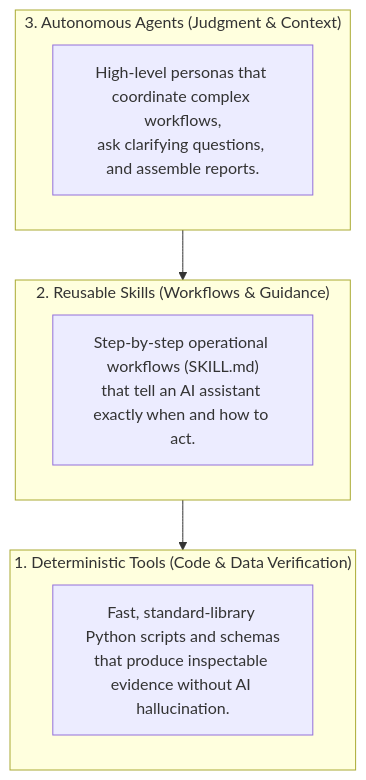
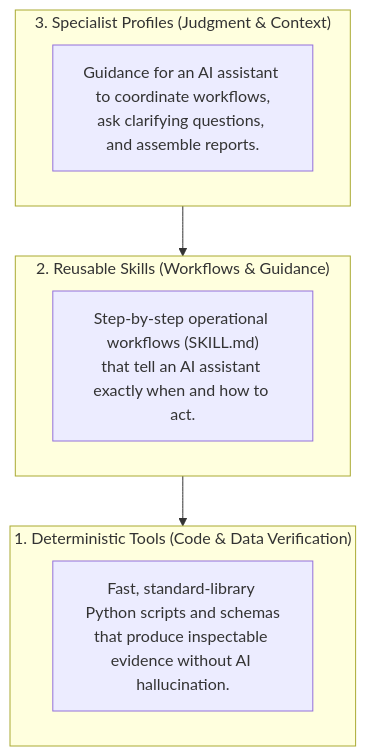
One commit to sodejm/copilot-operation-plugin-for-security changed the diagram in docs/CAPABILITIES.md. Above: the diagram before and after it, drawn with Mermaid. The commit also changed other lines of this file and 6 other files, not shown here.

````diff
--- a/docs/CAPABILITIES.md
+++ b/docs/CAPABILITIES.md
@@ -64,17 +64,17 @@
 ```mermaid
 flowchart TD
-    subgraph L3["3. Autonomous Agents (Judgment & Context)"]
-        AG["High-level personas that coordinate complex workflows,<br/>ask clarifying questions, and assemble reports."]
+    subgraph L3["3. Specialist Profiles (Judgment & Context)"]
+        AG["Guidance for an AI assistant to coordinate workflows,<br/>ask clarifying questions, and assemble reports."]
     end
 
     subgraph L2["2. Reusable Skills (Workflows & Guidance)"]
         SK["Step-by-step operational workflows (SKILL.md)<br/>that tell an AI assistant exactly when and how to act."]
     end
 
     subgraph L1["1. Deterministic Tools (Code & Data Verification)"]
         TL["Fast, standard-library Python scripts and schemas<br/>that produce inspectable evidence without AI hallucination."]
     end
 
     L3 --> L2
     L2 --> L1
 ```
````
